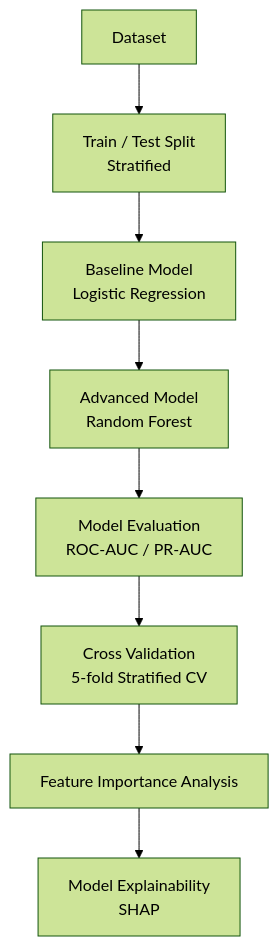
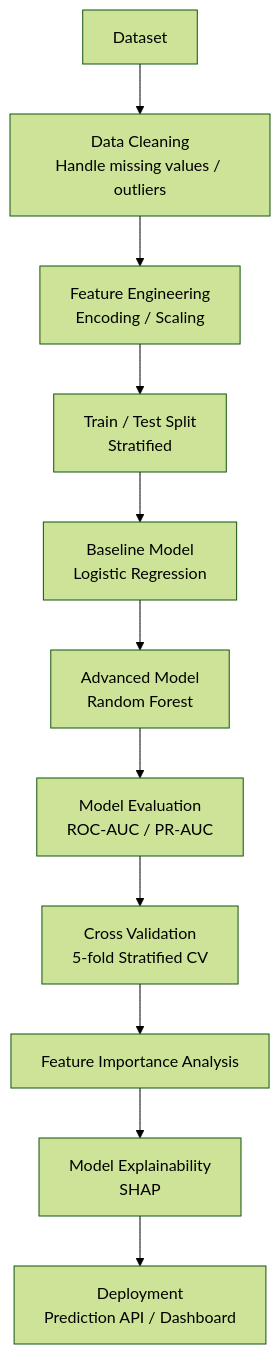
The diagram in README.md (okara4inceva/DSML_DEMO_PROJECT), drawn with Mermaid (forest theme) before and after one commit.

````diff
--- a/README.md
+++ b/README.md
@@ -101,10 +101,13 @@
 ```mermaid
 flowchart TD
-    A[Dataset] --> B[Train / Test Split<br>Stratified]
-    B --> C[Baseline Model<br>Logistic Regression]
-    C --> D[Advanced Model<br>Random Forest]
-    D --> E[Model Evaluation<br>ROC-AUC / PR-AUC]
-    E --> F[Cross Validation<br>5-fold Stratified CV]
-    F --> G[Feature Importance Analysis]
-    G --> H[Model Explainability<br>SHAP]
+    A[Dataset] --> B[Data Cleaning<br>Handle missing values / outliers]
+    B --> C[Feature Engineering<br>Encoding / Scaling]
+    C --> D[Train / Test Split<br>Stratified]
+    D --> E[Baseline Model<br>Logistic Regression]
+    E --> F[Advanced Model<br>Random Forest]
+    F --> G[Model Evaluation<br>ROC-AUC / PR-AUC]
+    G --> H[Cross Validation<br>5-fold Stratified CV]
+    H --> I[Feature Importance Analysis]
+    I --> J[Model Explainability<br>SHAP]
+    J --> K[Deployment<br>Prediction API / Dashboard]
 ```
````
